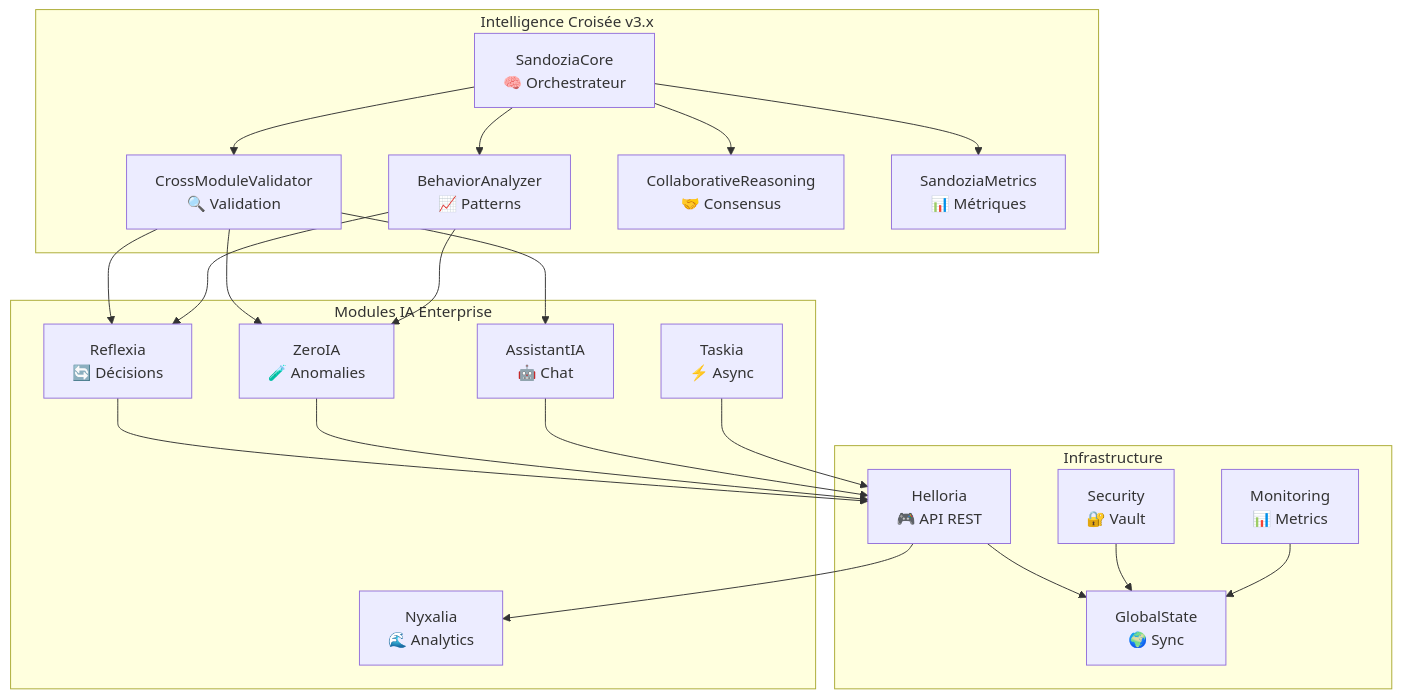
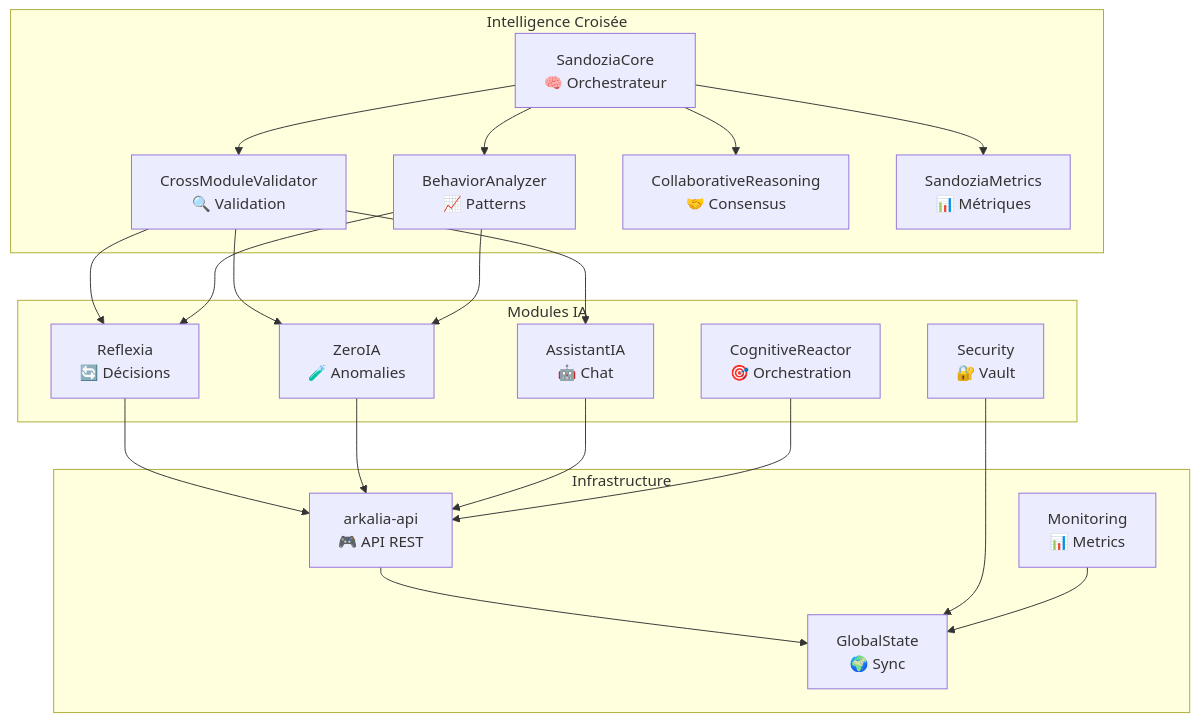
Before and after one commit to athalia-siwek/arkalia-luna-pro: the diagram in docs/fonctionnement/structure.md, drawn with Mermaid. The commit also changed other lines of this file and 99 other files, not shown here.

````diff
--- a/docs/fonctionnement/structure.md
+++ b/docs/fonctionnement/structure.md
@@ -9,43 +18,41 @@
 ```mermaid
 graph TB
-    subgraph "Intelligence Croisée v3.x"
-        SC[SandoziaCore<br/>🧠 Orchestrateur]
-        CMV[CrossModuleValidator<br/>🔍 Validation]
-        BA[BehaviorAnalyzer<br/>📈 Patterns]
-        CR[CollaborativeReasoning<br/>🤝 Consensus]
-        SM[SandoziaMetrics<br/>📊 Métriques]
+    subgraph "Intelligence Croisée"
+        SC[SandoziaCore\n🧠 Orchestrateur]
+        CMV[CrossModuleValidator\n🔍 Validation]
+        BA[BehaviorAnalyzer\n📈 Patterns]
+        CR[CollaborativeReasoning\n🤝 Consensus]
+        SM[SandoziaMetrics\n📊 Métriques]
     end
 
-    subgraph "Modules IA Enterprise"
-        R[Reflexia<br/>🔄 Décisions]
-        Z[ZeroIA<br/>🧪 Anomalies]
-        A[AssistantIA<br/>🤖 Chat]
-        T[Taskia<br/>⚡ Async]
-        N[Nyxalia<br/>🌊 Analytics]
+    subgraph "Modules IA"
+        R[Reflexia\n🔄 Décisions]
+        Z[ZeroIA\n🧪 Anomalies]
+        A[AssistantIA\n🤖 Chat]
+        COG[CognitiveReactor\n🎯 Orchestration]
+        SEC[Security\n🔐 Vault]
     end
 
     subgraph "Infrastructure"
-        H[Helloria<br/>🎮 API REST]
-        GS[GlobalState<br/>🌍 Sync]
-        SEC[Security<br/>🔐 Vault]
-        MON[Monitoring<br/>📊 Metrics]
+        H[arkalia-api\n🎮 API REST]
+        MON[Monitoring\n📊 Metrics]
+        GS[GlobalState\n🌍 Sync]
     end
 
     SC --> CMV
     SC --> BA
     SC --> CR
     SC --> SM
     CMV --> R
     CMV --> Z
     CMV --> A
     BA --> R
     BA --> Z
     R --> H
     Z --> H
     A --> H
-    T --> H
-    H --> N
+    COG --> H
     H --> GS
     SEC --> GS
     MON --> GS
 ```
````
